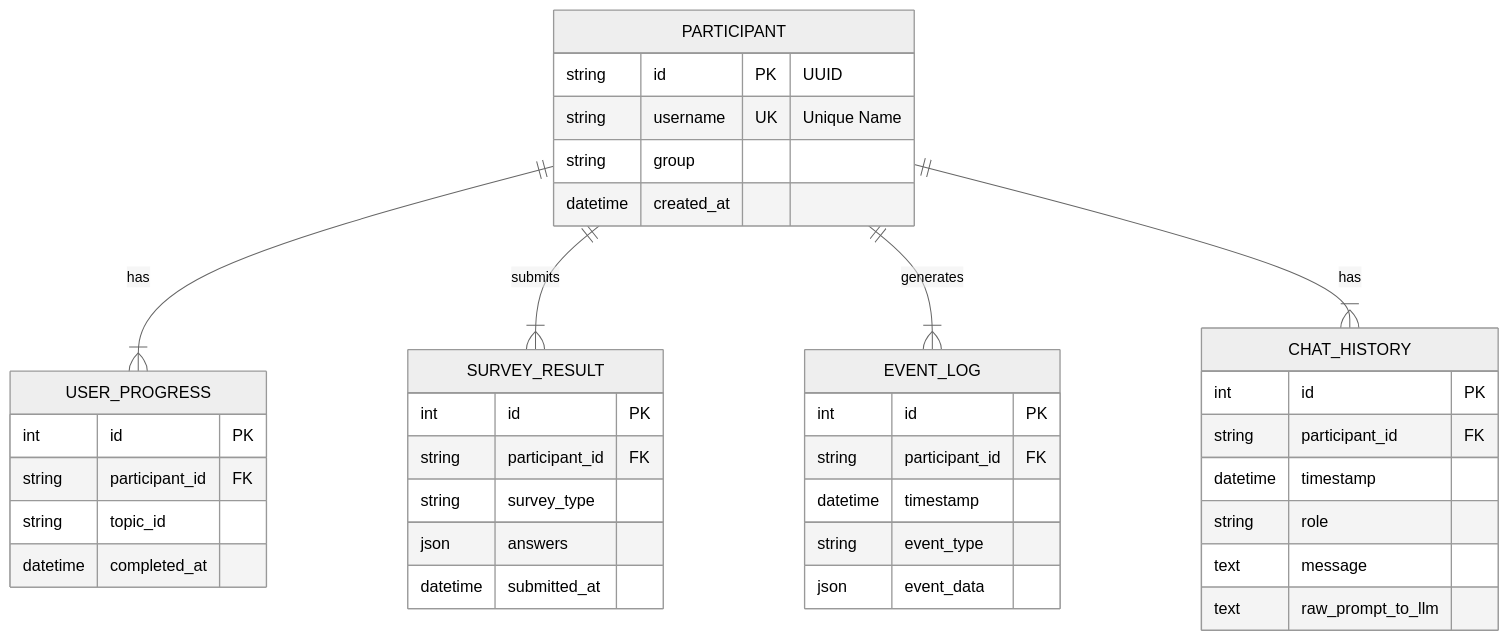
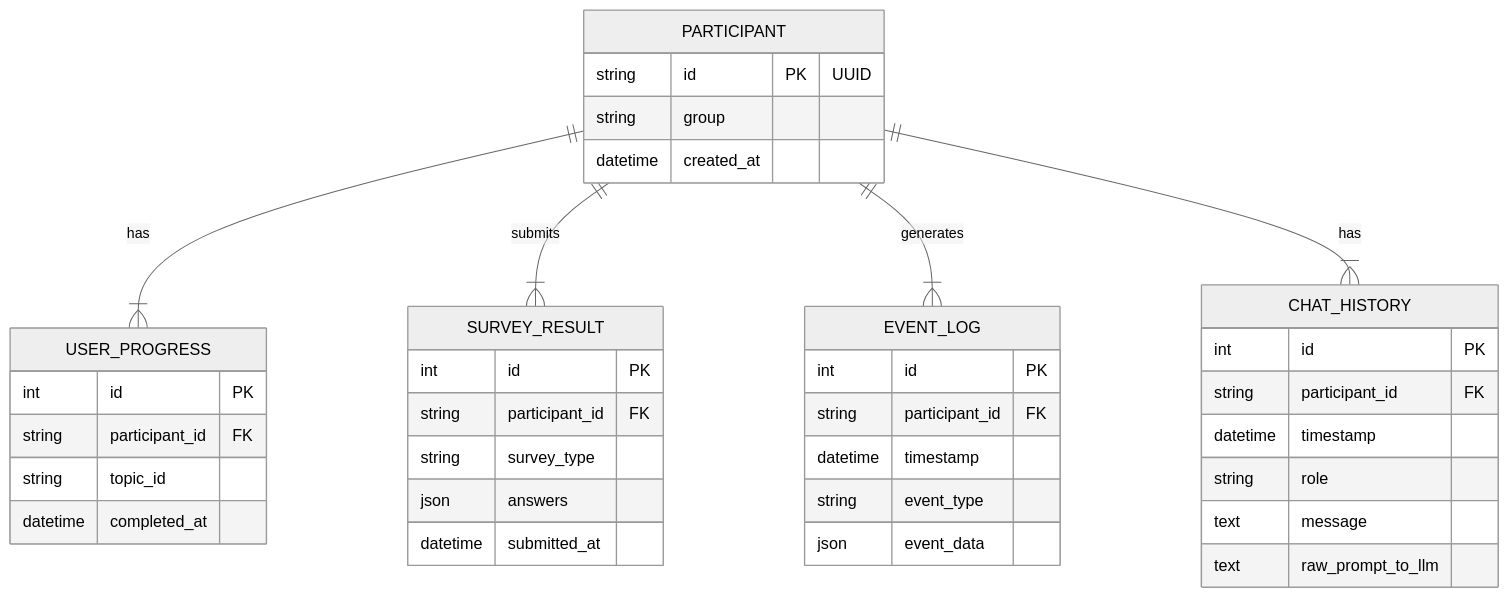
Before and after one commit to wuxintao-666/adaptive-tutor-system: the third of 3 diagrams in docs/TDD/TDD-I.md, drawn with Mermaid (neutral theme). The commit also changed other lines of this file and 16 other files, not shown here.

````diff
--- a/docs/TDD/TDD-I.md
+++ b/docs/TDD/TDD-I.md
@@ -224,46 +224,45 @@
 ```mermaid
 erDiagram
     PARTICIPANT {
         string id PK "UUID"
-        string username UK "Unique Name"
         string group
         datetime created_at
     }
 
     USER_PROGRESS {
         int id PK
         string participant_id FK
         string topic_id
         datetime completed_at
     }
 
     SURVEY_RESULT {
         int id PK
         string participant_id FK
         string survey_type
         json answers
         datetime submitted_at
     }
 
     EVENT_LOG {
         int id PK
         string participant_id FK
         datetime timestamp
         string event_type
         json event_data
     }
   
     CHAT_HISTORY {
         int id PK
         string participant_id FK
         datetime timestamp
         string role
         text message
         text raw_prompt_to_llm
     }
 
     PARTICIPANT ||--|{ USER_PROGRESS : "has"
     PARTICIPANT ||--|{ SURVEY_RESULT : "submits"
     PARTICIPANT ||--|{ EVENT_LOG : "generates"
     PARTICIPANT ||--|{ CHAT_HISTORY : "has"
 ```
````
